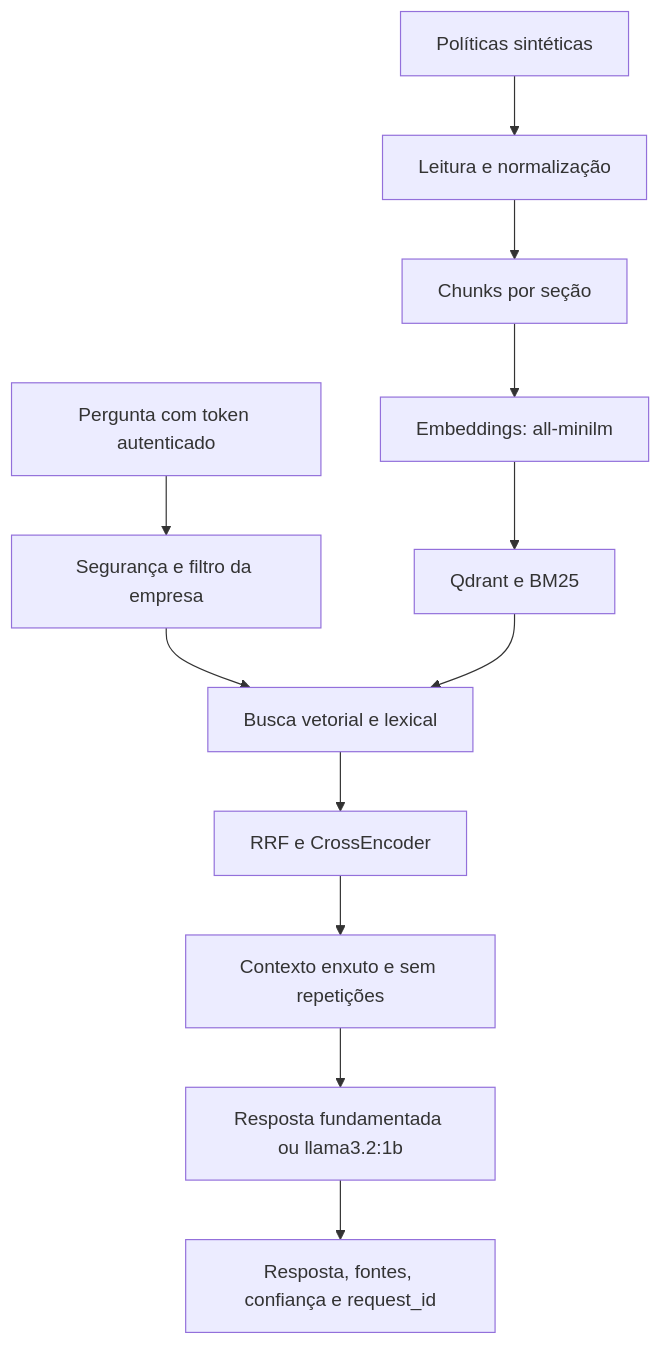
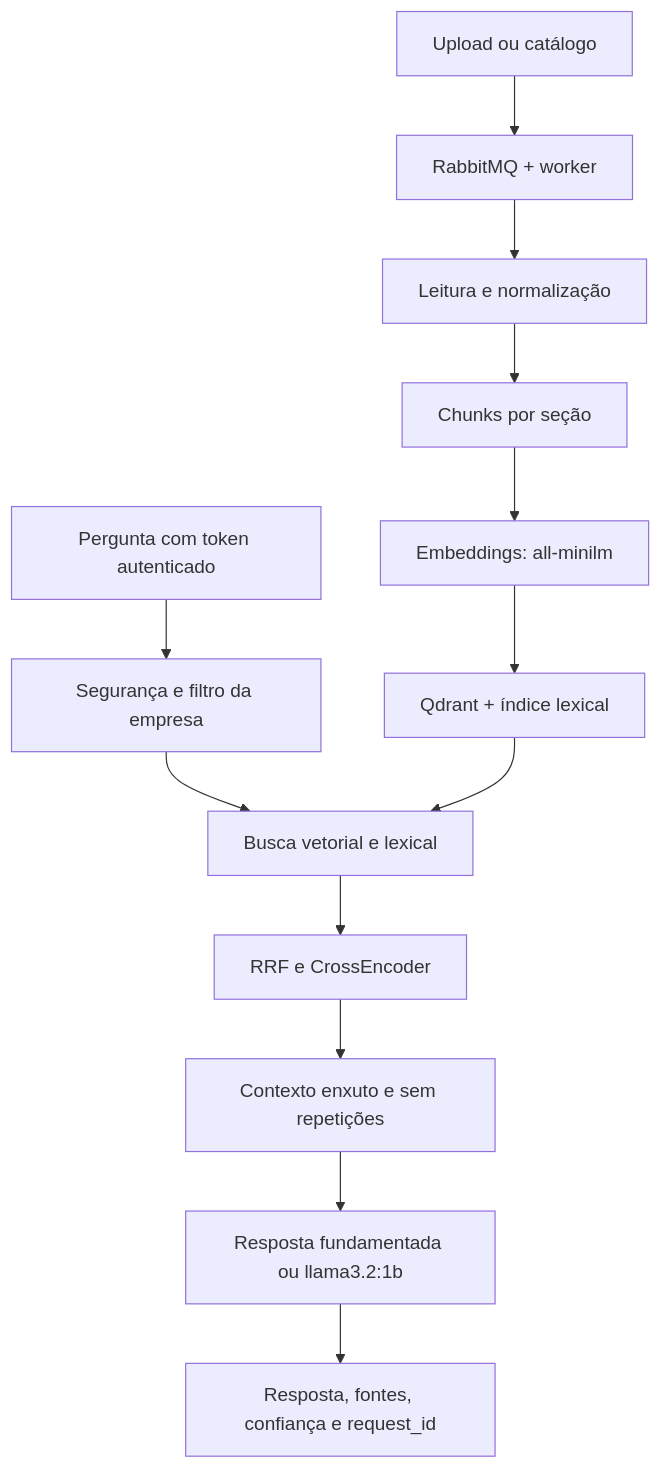
The diagram in docs/rag-pipeline-explicacao-local-v1.md (yhenriux/onfly-policy-copilot), drawn with Mermaid before and after one commit. The commit also changed other lines of this file and 11 other files, not shown here.

Commit message:
docs: audit architecture and operational documentation

````diff
--- a/docs/rag-pipeline-explicacao-local-v1.md
+++ b/docs/rag-pipeline-explicacao-local-v1.md
@@ -7,14 +7,15 @@
 ```mermaid
 flowchart TD
-    A["Políticas sintéticas"] --> B["Leitura e normalização"]
-    B --> C["Chunks por seção"]
+    A["Upload ou catálogo"] --> B["RabbitMQ + worker"]
+    B --> C0["Leitura e normalização"]
+    C0 --> C["Chunks por seção"]
     C --> D["Embeddings: all-minilm"]
-    D --> E["Qdrant e BM25"]
+    D --> E["Qdrant + índice lexical"]
     F["Pergunta com token autenticado"] --> G["Segurança e filtro da empresa"]
     G --> H["Busca vetorial e lexical"]
     E --> H
     H --> I["RRF e CrossEncoder"]
     I --> J["Contexto enxuto e sem repetições"]
     J --> K["Resposta fundamentada ou llama3.2:1b"]
     K --> L["Resposta, fontes, confiança e request_id"]
 ```
````
